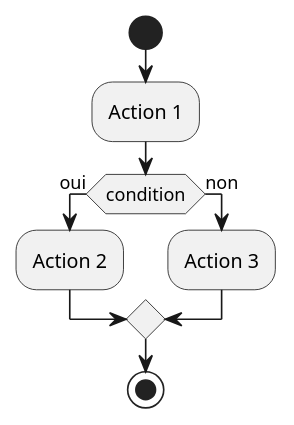
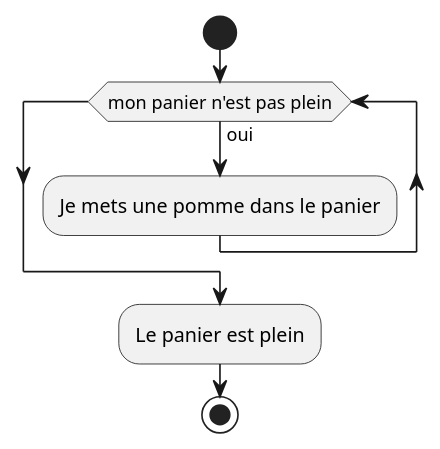
Before and after one commit to HEIG-VD-Prog-Course/HEIG-VD-ProgIM-Course: the first of 7 diagrams in 03.01-iteration/01-supports-de-cours/PRESENTATION.md, drawn with PlantUML. The commit also changed other lines of this file, not shown here.

Commit message:
Refactor presentation content to focus on iteration concepts; remove objectives section and enhance UML examples for clarity

````diff
--- a/03.01-iteration/01-supports-de-cours/PRESENTATION.md
+++ b/03.01-iteration/01-supports-de-cours/PRESENTATION.md
@@ -137,12 +81,10 @@
 ```plantuml
 @startuml
 start
-:Action 1;
-if (condition) then (oui)
-    :Action 2;
-else (non)
-    :Action 3;
-endif
+while (mon panier n'est pas plein) is (oui)
+  :Je mets une pomme dans le panier;
+endwhile
+:Le panier est plein;
 stop
 @enduml
 ```
````
